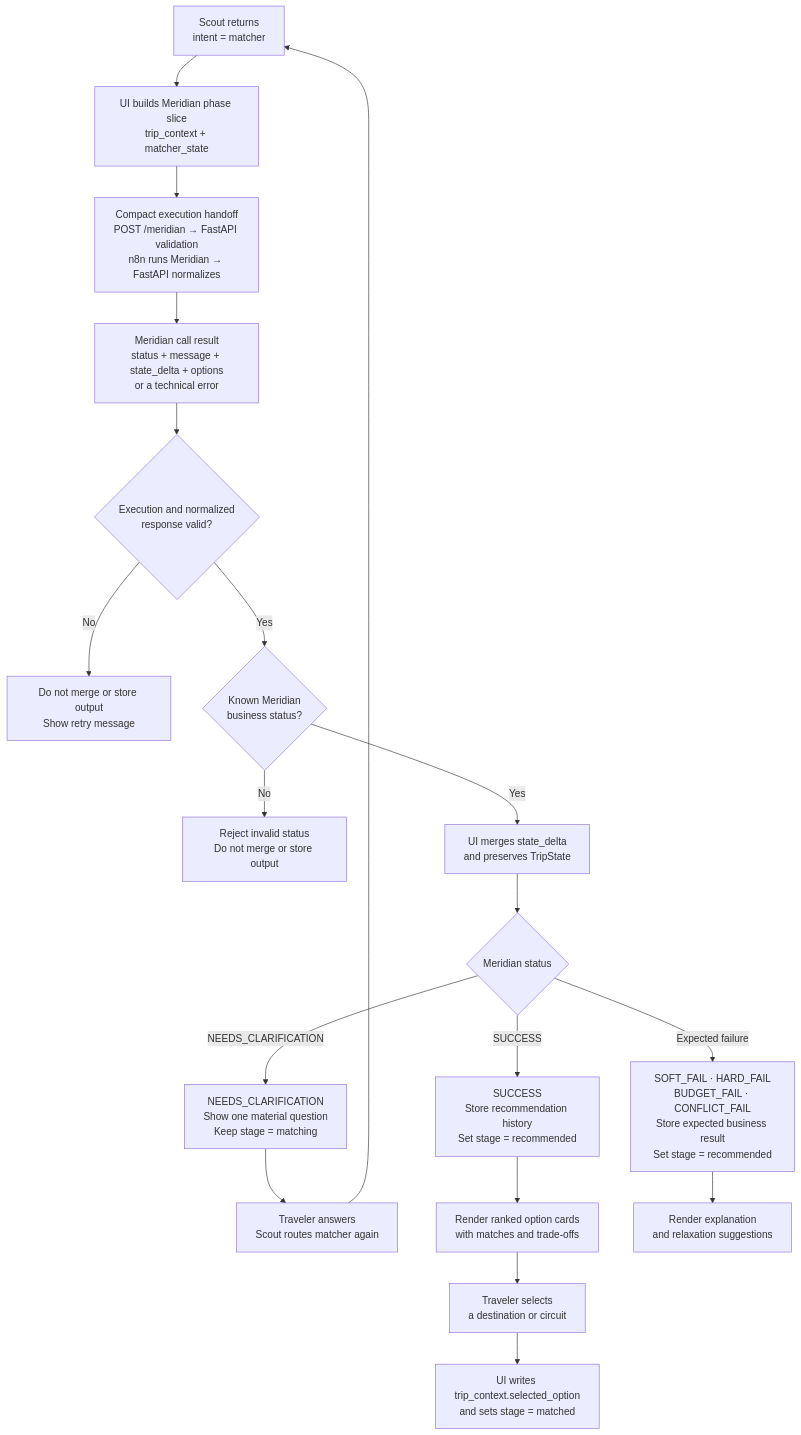
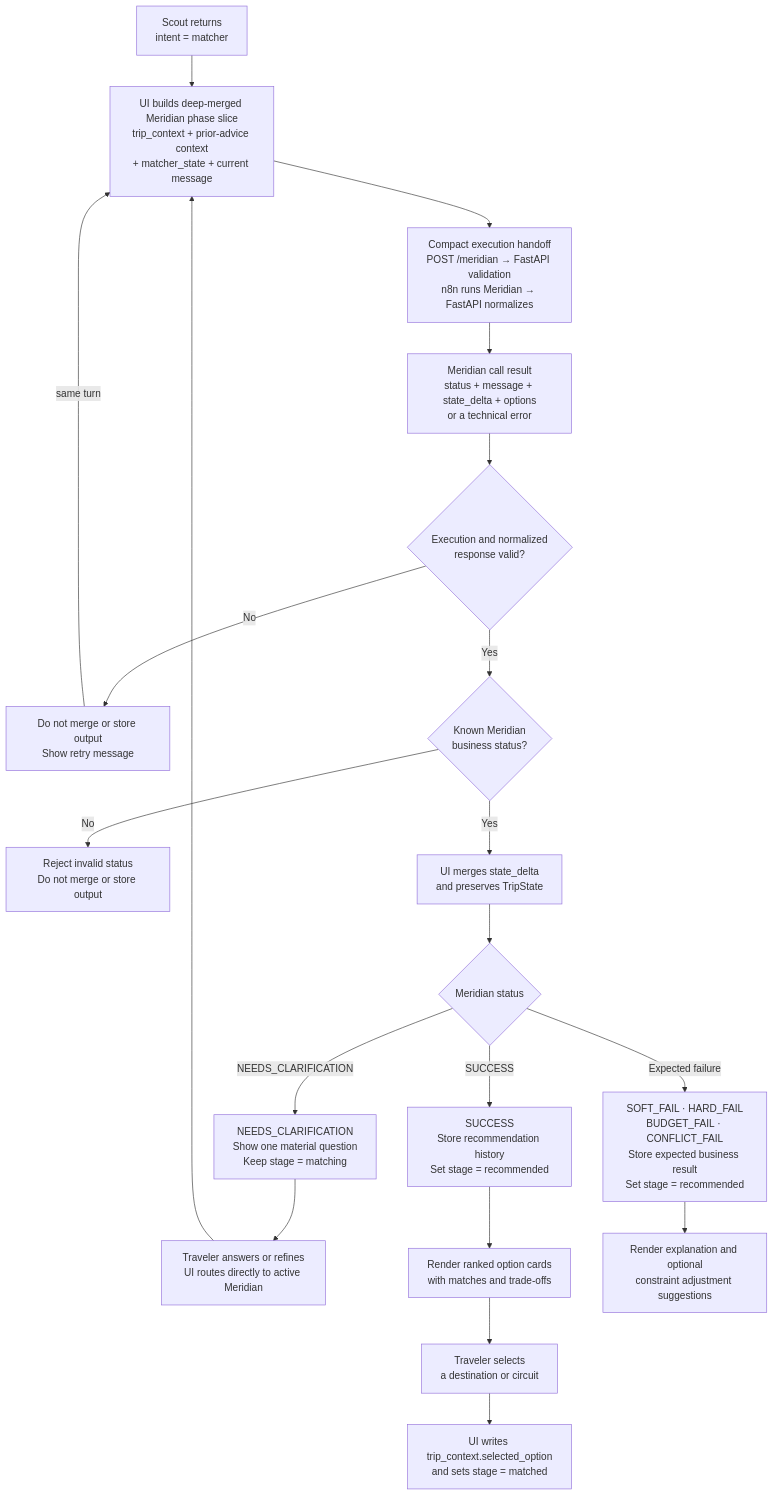
One commit to agarwalnaina1496/TWM_Docs changed the diagram in trip-matcher/README.md. Above: the diagram before and after it, drawn with Mermaid. The commit also changed other lines of this file and 9 other files, not shown here.

````diff
--- a/trip-matcher/README.md
+++ b/trip-matcher/README.md
@@ -20,32 +20,33 @@
 ```mermaid
 flowchart TB
     Start["Scout returns<br/>intent = matcher"]
-    Build["UI builds Meridian phase slice<br/>trip_context + matcher_state"]
+    Build["UI builds deep-merged Meridian phase slice<br/>trip_context + prior-advice context<br/>+ matcher_state + current message"]
     Handoff["Compact execution handoff<br/>POST /meridian → FastAPI validation<br/>n8n runs Meridian → FastAPI normalizes"]
     Result["Meridian call result<br/>status + message + state_delta + options<br/>or a technical error"]
 
     Infrastructure{"Execution and normalized<br/>response valid?"}
     Retry["Do not merge or store output<br/>Show retry message"]
     BusinessStatus{"Known Meridian<br/>business status?"}
     Invalid["Reject invalid status<br/>Do not merge or store output"]
     Merge["UI merges state_delta<br/>and preserves TripState"]
     Status{"Meridian status"}
     Clarify["NEEDS_CLARIFICATION<br/>Show one material question<br/>Keep stage = matching"]
-    Answer["Traveler answers<br/>Scout routes matcher again"]
+    Answer["Traveler answers or refines<br/>UI routes directly to active Meridian"]
     Recommendation["SUCCESS<br/>Store recommendation history<br/>Set stage = recommended"]
     Cards["Render ranked option cards<br/>with matches and trade-offs"]
     Failure["SOFT_FAIL · HARD_FAIL<br/>BUDGET_FAIL · CONFLICT_FAIL<br/>Store expected business result<br/>Set stage = recommended"]
-    Explain["Render explanation<br/>and relaxation suggestions"]
+    Explain["Render explanation and optional<br/>constraint adjustment suggestions"]
     Select["Traveler selects<br/>a destination or circuit"]
     Matched["UI writes trip_context.selected_option<br/>and sets stage = matched"]
 
     Start --> Build --> Handoff --> Result --> Infrastructure
 
     Infrastructure -->|No| Retry
+    Retry -->|same turn| Build
     Infrastructure -->|Yes| BusinessStatus
     BusinessStatus -->|No| Invalid
     BusinessStatus -->|Yes| Merge --> Status
-    Status -->|NEEDS_CLARIFICATION| Clarify --> Answer --> Start
+    Status -->|NEEDS_CLARIFICATION| Clarify --> Answer --> Build
     Status -->|SUCCESS| Recommendation --> Cards --> Select --> Matched
     Status -->|Expected failure| Failure --> Explain
 ```
````
